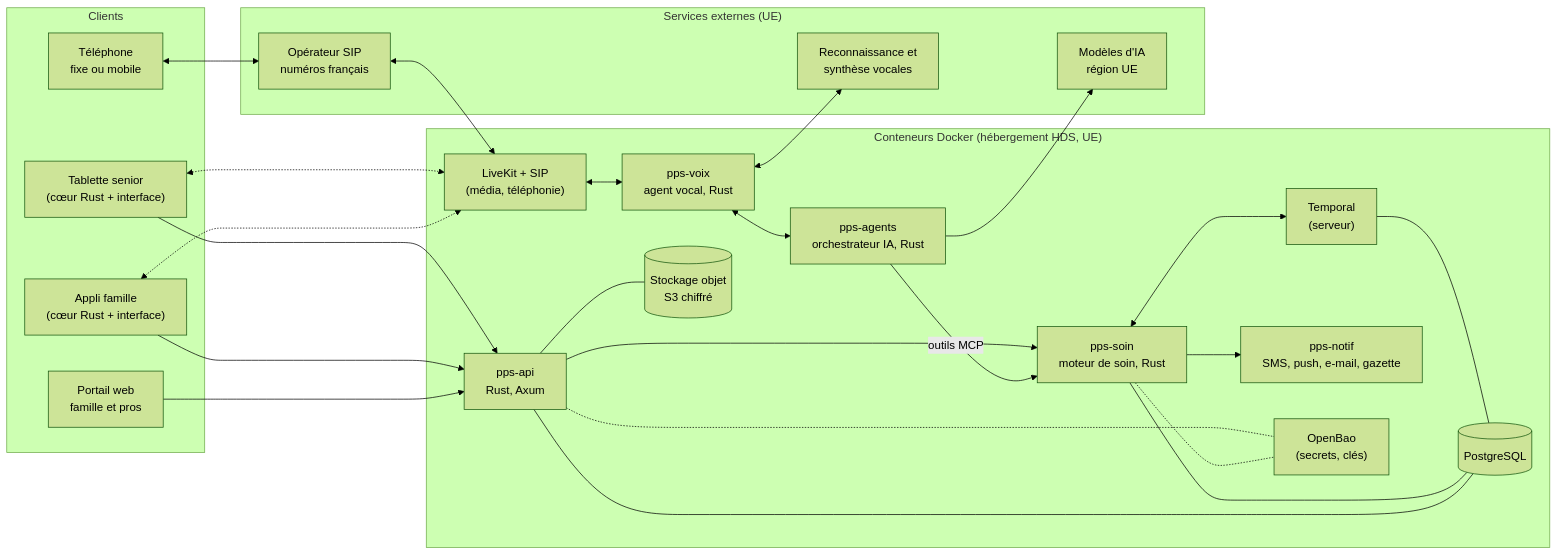
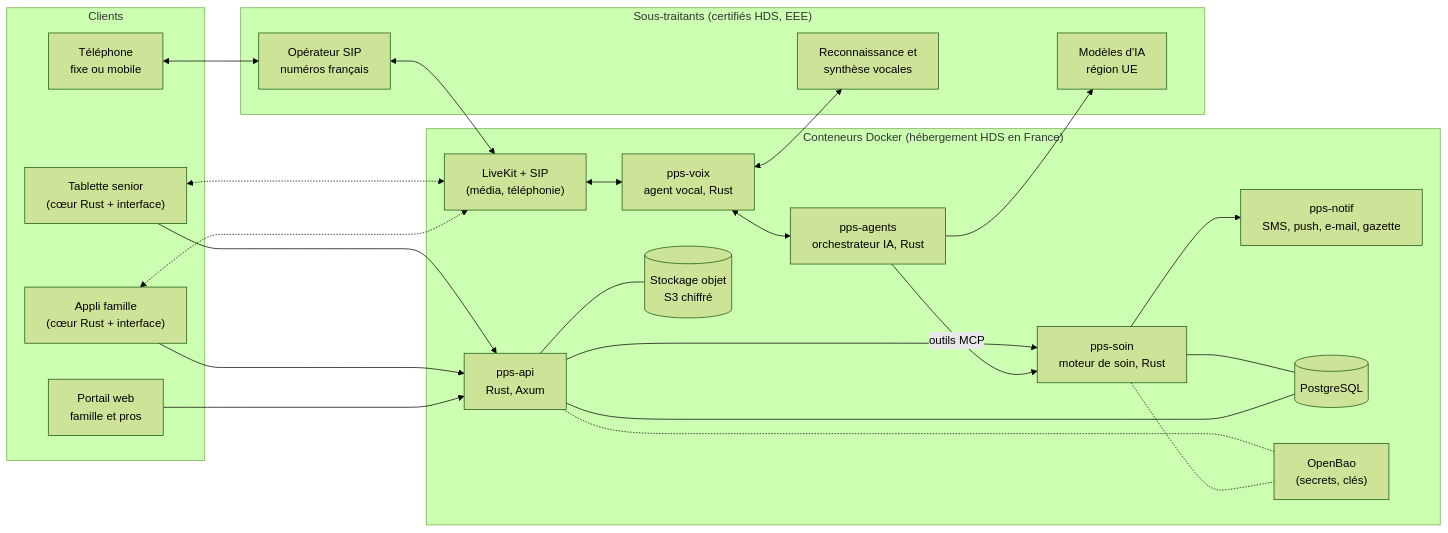
The diagram in docs/06-architecture-technique.md (OrizonLab/pps), drawn with Mermaid (forest theme) before and after one commit. The commit also changed other lines of this file and 23 other files, not shown here.

````diff
--- a/docs/06-architecture-technique.md
+++ b/docs/06-architecture-technique.md
@@ -142,48 +153,45 @@
 ```mermaid
 flowchart LR
     subgraph Clients
         TAB["Tablette senior<br/>(cœur Rust + interface)"]
         FAM["Appli famille<br/>(cœur Rust + interface)"]
         WEB["Portail web<br/>famille et pros"]
         TEL["Téléphone<br/>fixe ou mobile"]
     end
 
-    subgraph Docker["Conteneurs Docker (hébergement HDS, UE)"]
+    subgraph Docker["Conteneurs Docker (hébergement HDS en France)"]
         API["pps-api<br/>Rust, Axum"]
         SOIN["pps-soin<br/>moteur de soin, Rust"]
-        TMP["Temporal<br/>(serveur)"]
         AGT["pps-agents<br/>orchestrateur IA, Rust"]
         VOIX["pps-voix<br/>agent vocal, Rust"]
         LK["LiveKit + SIP<br/>(média, téléphonie)"]
         NOTIF["pps-notif<br/>SMS, push, e-mail, gazette"]
         PG[("PostgreSQL")]
         S3[("Stockage objet<br/>S3 chiffré")]
         BAO["OpenBao<br/>(secrets, clés)"]
     end
 
-    subgraph Externes["Services externes (UE)"]
+    subgraph Externes["Sous-traitants (certifiés HDS, EEE)"]
         LLM["Modèles d'IA<br/>région UE"]
         STT["Reconnaissance et<br/>synthèse vocales"]
         OP["Opérateur SIP<br/>numéros français"]
     end
 
     TAB --> API
     FAM --> API
     WEB --> API
     TEL <--> OP <--> LK <--> VOIX
     TAB <-.-> LK
     FAM <-.-> LK
     API --> SOIN
-    SOIN <--> TMP
-    TMP --- PG
     SOIN --- PG
     API --- PG
     API --- S3
     AGT -- "outils MCP" --> SOIN
     VOIX <--> AGT
     VOIX <--> STT
     AGT --> LLM
     SOIN --> NOTIF
     API -.- BAO
     SOIN -.- BAO
 ```
````
